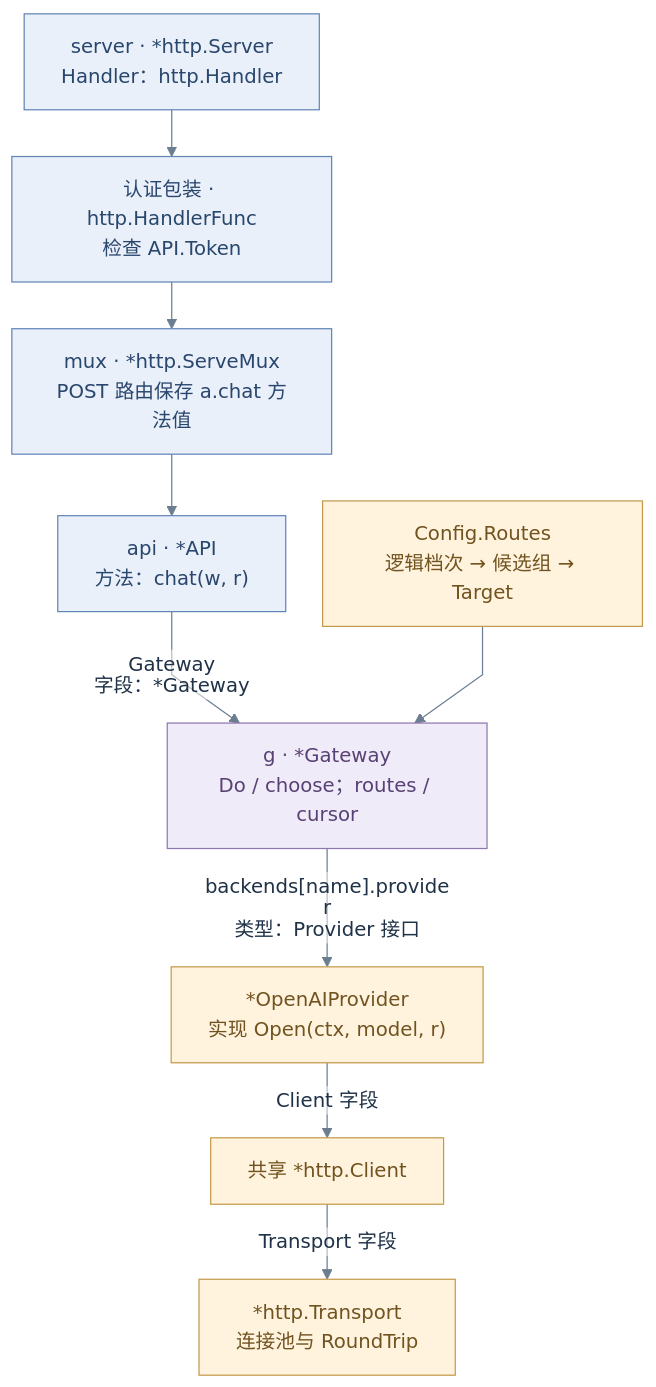
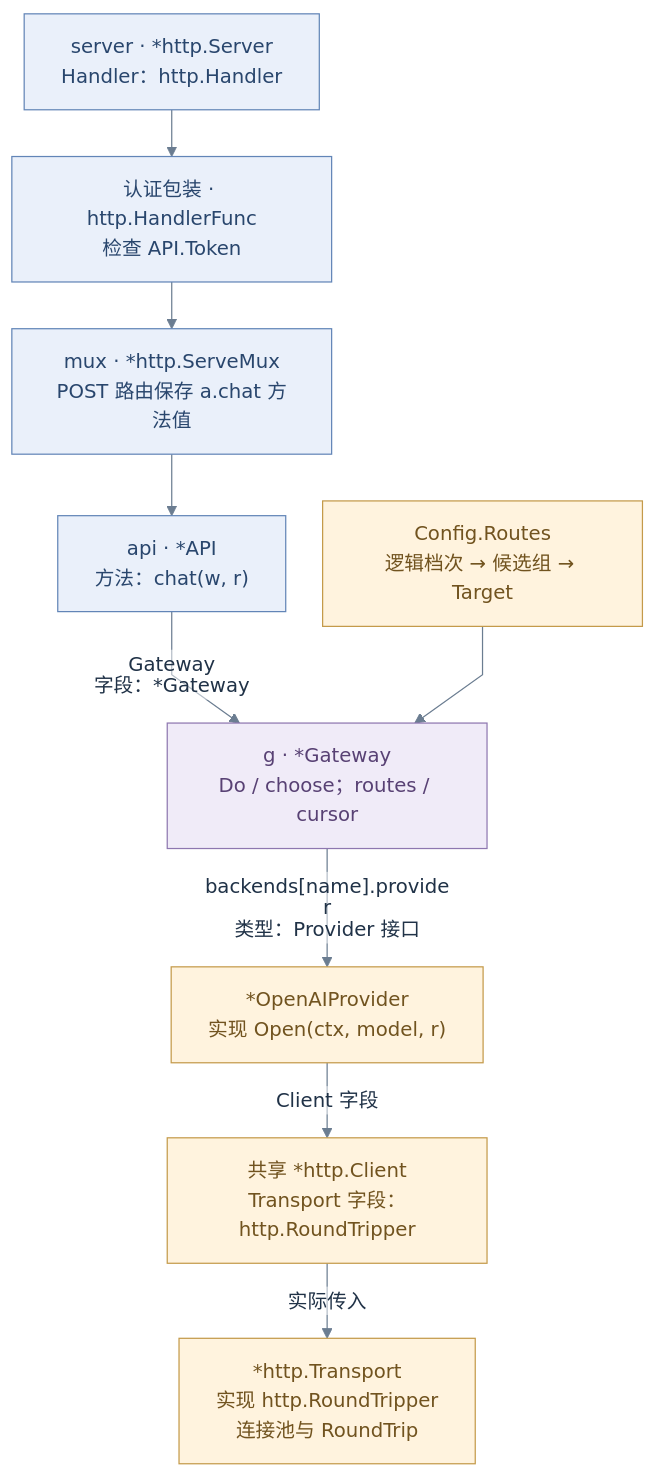
The fourth of 8 diagrams in docs/02-routing.md (songofhawk/go-llm-gateway), drawn with Mermaid before and after one commit. The commit also changed other lines of this file and 2 other files, not shown here.

Commit message:
refactor:描述Transport、Client 和 RoundTripper 之间的关系

````diff
--- a/docs/02-routing.md
+++ b/docs/02-routing.md
@@ -363,56 +363,56 @@
 ```mermaid
 ---
 config:
   theme: "base"
   fontFamily: "Arial, PingFang SC, Microsoft YaHei, sans-serif"
   themeVariables:
     fontSize: "16px"
     primaryColor: "#eef4fa"
     primaryTextColor: "#203247"
     primaryBorderColor: "#8496ab"
     lineColor: "#6b7d91"
     secondaryColor: "#eaf6f1"
     tertiaryColor: "#fff4df"
     noteBkgColor: "#fff4df"
     noteTextColor: "#61491f"
     noteBorderColor: "#b4a17d"
     actorBkg: "#eef4fa"
     actorBorder: "#8496ab"
     actorTextColor: "#203247"
     edgeLabelBackground: "#FFFFFF"
   flowchart:
     htmlLabels: false
     curve: "linear"
     nodeSpacing: 30
     rankSpacing: 38
     useMaxWidth: true
   sequence:
     useMaxWidth: true
     wrap: true
     actorMargin: 40
     width: 150
     messageMargin: 30
     noteMargin: 12
   state:
     useMaxWidth: true
 ---
 flowchart TB
     accTitle: 第二课的对象、字段和接口关系
     accDescr: Server.Handler保存认证包装函数，包装函数调用ServeMux，路由函数a.chat通过API.Gateway调用Gateway.Do。Gateway通过Provider接口调用OpenAIProvider，多个实例共享Client与Transport。
     S["server · *http.Server<br/>Handler：http.Handler"] --> H["认证包装 · http.HandlerFunc<br/>检查 API.Token"]
     H --> M["mux · *http.ServeMux<br/>POST 路由保存 a.chat 方法值"]
     M --> A["api · *API<br/>方法：chat(w, r)"]
     A -->|"Gateway 字段：*Gateway"| G["g · *Gateway<br/>Do / choose；routes / cursor"]
     G -->|"backends[name].provider<br/>类型：Provider 接口"| P["*OpenAIProvider<br/>实现 Open(ctx, model, r)"]
-    P -->|"Client 字段"| C["共享 *http.Client"]
-    C -->|"Transport 字段"| T["*http.Transport<br/>连接池与 RoundTrip"]
+    P -->|"Client 字段"| C["共享 *http.Client<br/>Transport 字段：http.RoundTripper"]
+    C -->|"实际传入"| T["*http.Transport<br/>实现 http.RoundTripper<br/>连接池与 RoundTrip"]
     CFG["Config.Routes<br/>逻辑档次 → 候选组 → Target"] --> G
     classDef client fill:#E7F3EF,stroke:#448675,color:#234B42;
     classDef http fill:#EAF0FA,stroke:#6285B7,color:#29466D;
     classDef routing fill:#F0EBF8,stroke:#8E77B0,color:#584174;
     classDef upstream fill:#FFF3DE,stroke:#C49A4A,color:#71531F;
     classDef error fill:#FCEBE7,stroke:#C77D6B,color:#773F33;
     class S,H,M,A http;
     class G routing;
     class P,C,T,CFG upstream;
 ```
````
